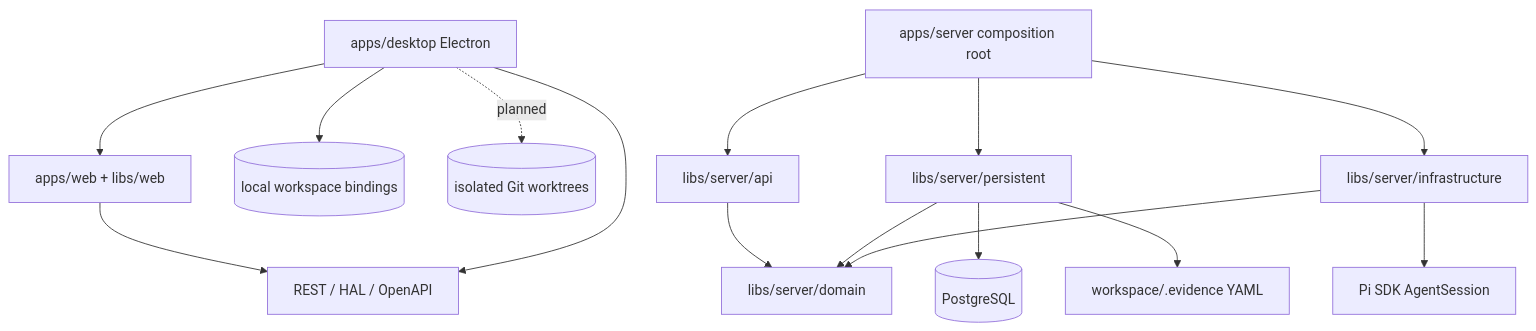
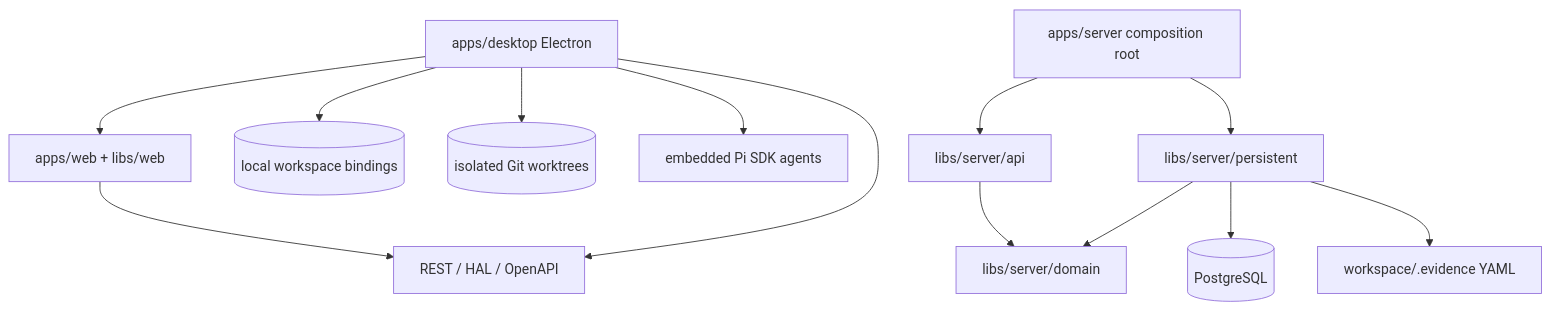
The diagram in docs/architecture/architecture-style.md (JayClock/Evidence), drawn with Mermaid before and after one commit. The commit also changed other lines of this file and 5 other files, not shown here.

````diff
--- a/docs/architecture/architecture-style.md
+++ b/docs/architecture/architecture-style.md
@@ -29,19 +29,17 @@
 ```mermaid
 graph TD
   Web[apps/web + libs/web] --> PublishedAPI[REST / HAL / OpenAPI]
   Desktop[apps/desktop Electron] --> Web
   Desktop --> PublishedAPI
   Desktop --> Bindings[(local workspace bindings)]
-  Desktop -. planned .-> Worktrees[(isolated Git worktrees)]
+  Desktop --> Worktrees[(isolated Git worktrees)]
+  Desktop --> Pi[embedded Pi SDK agents]
 
   ServerRoot[apps/server composition root] --> API[libs/server/api]
   ServerRoot --> Persistence[libs/server/persistent]
-  ServerRoot --> Infrastructure[libs/server/infrastructure]
   API --> Domain[libs/server/domain]
   Persistence --> Domain
-  Infrastructure --> Domain
 
   Persistence --> PostgreSQL[(PostgreSQL)]
   Persistence --> EvidenceFiles[workspace/.evidence YAML]
-  Infrastructure --> Pi[Pi SDK AgentSession]
 ```
````
